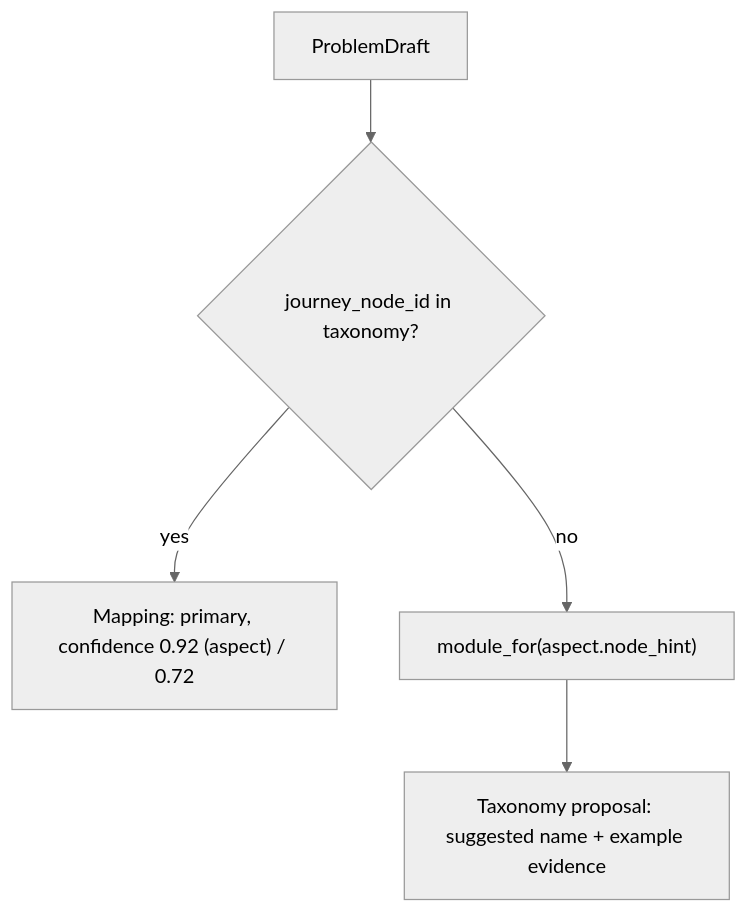
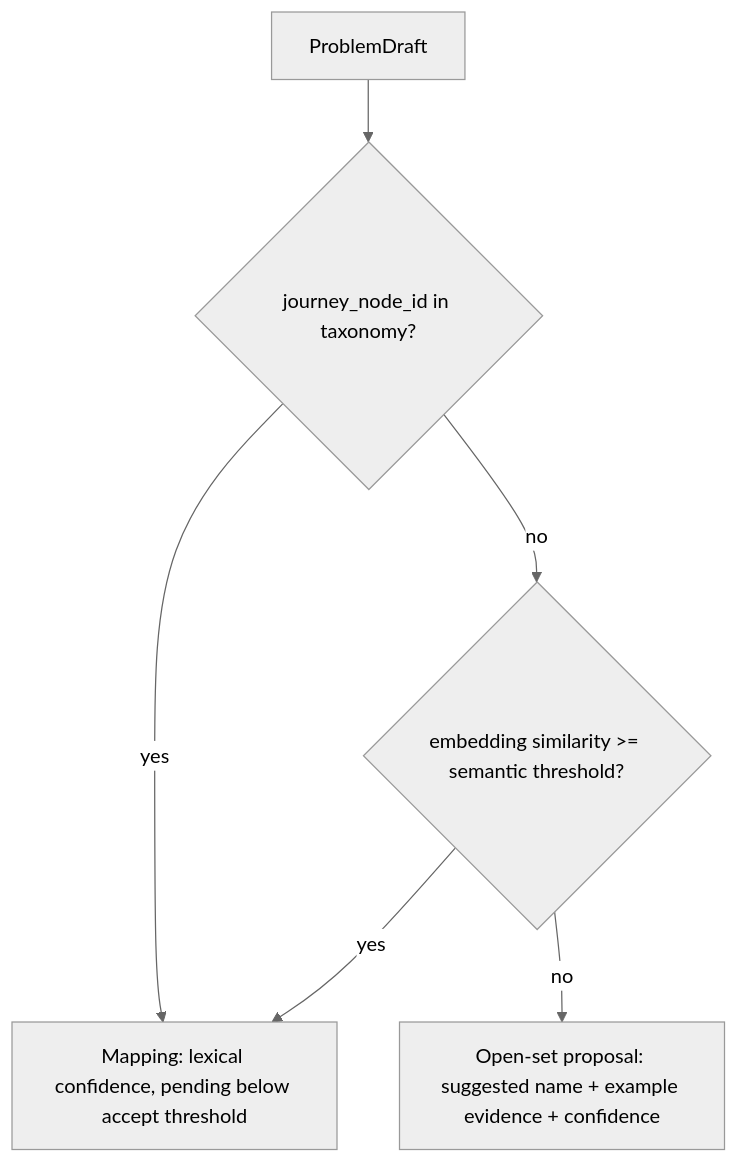
One commit to Jishhhh1403/-voice-analytics changed the seventh of 10 diagrams in docs/pipeline-algorithms.md. Above: the diagram before and after it, drawn with Mermaid (neutral theme). The commit also changed other lines of this file and 106 other files, not shown here.

````diff
--- a/docs/pipeline-algorithms.md
+++ b/docs/pipeline-algorithms.md
@@ -228,7 +233,8 @@
 ```mermaid
 flowchart TD
     P["ProblemDraft"] --> HAS{"journey_node_id in taxonomy?"}
-    HAS -- yes --> MAP["Mapping: primary, confidence 0.92 (aspect) / 0.72"]
-    HAS -- no --> PARENT["module_for(aspect.node_hint)"]
-    PARENT --> PROP["Taxonomy proposal: suggested name + example evidence"]
+    HAS -- yes --> MAP["Mapping: lexical confidence, pending below accept threshold"]
+    HAS -- no --> SEM{"embedding similarity >= semantic threshold?"}
+    SEM -- yes --> MAP
+    SEM -- no --> PROP["Open-set proposal: suggested name + example evidence + confidence"]
 ```
````
